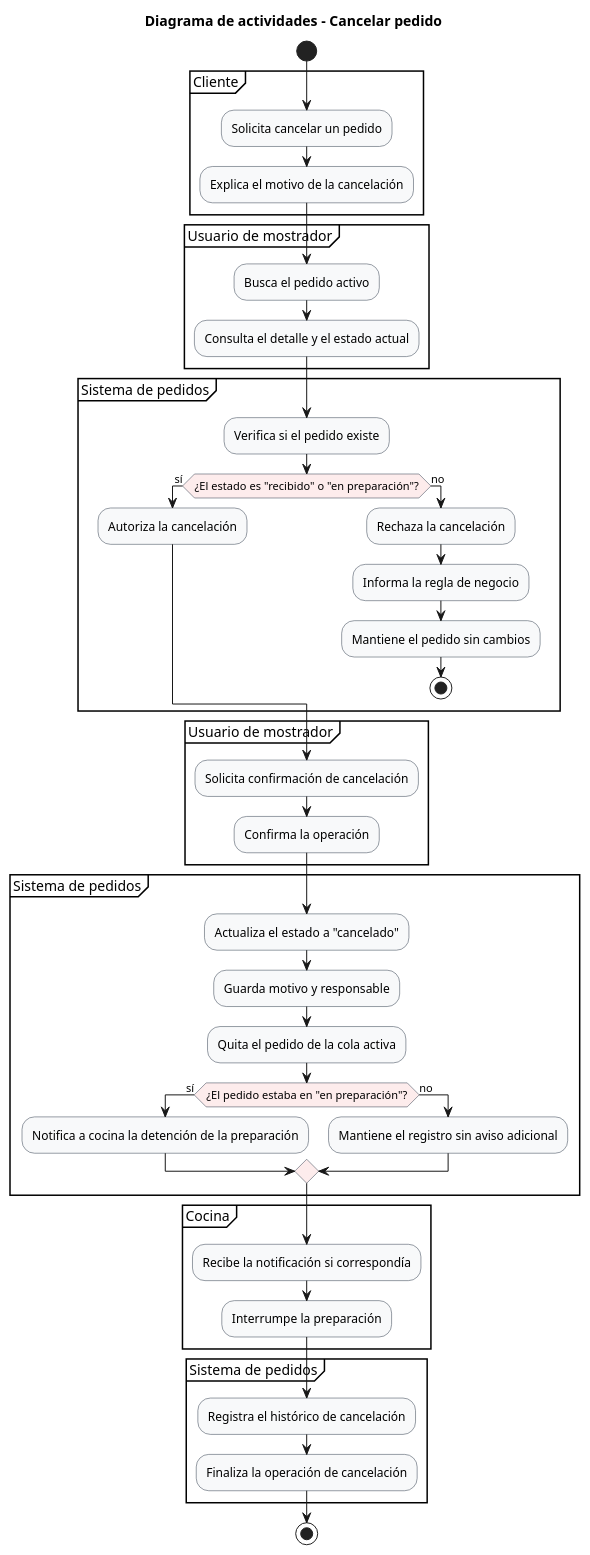
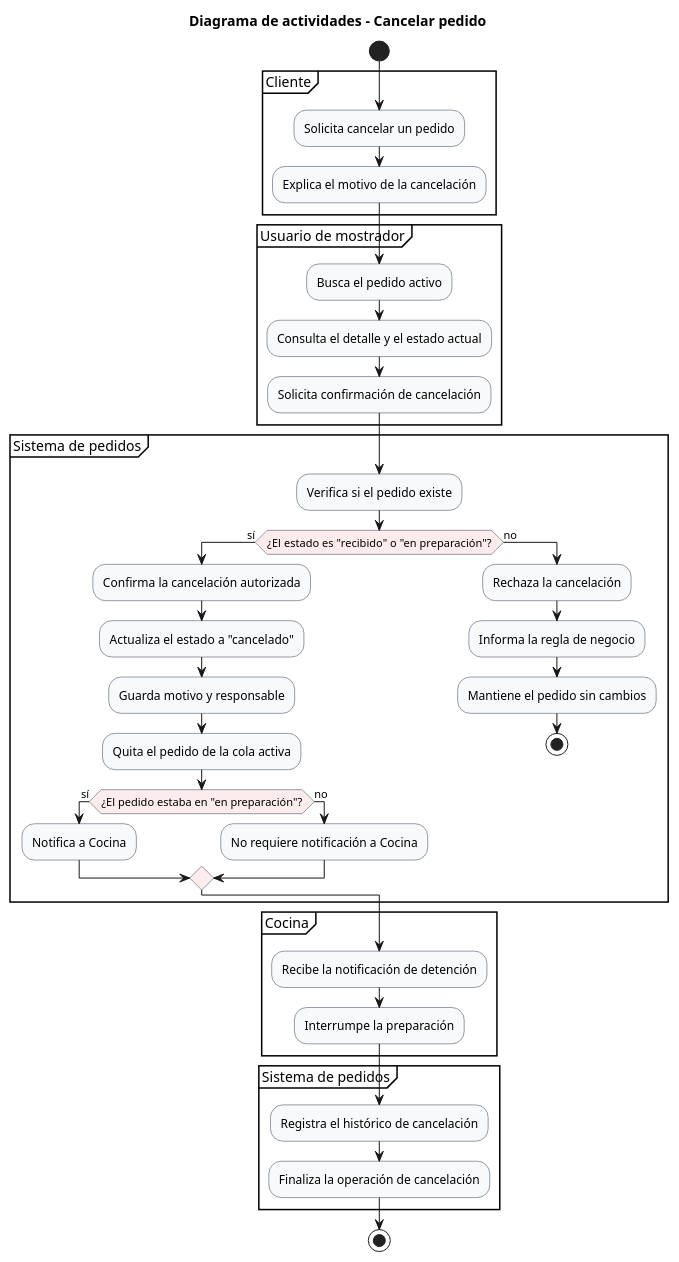
The diagram in diagramas/04-diagramas-actividades/04-actividad-cancelar-pedido-06.puml (lucasmengarelli3/SistemaPedidos), drawn with PlantUML before and after one commit. The commit also changed 8 other files, not shown here.

```diff
--- a/diagramas/04-diagramas-actividades/04-actividad-cancelar-pedido-06.puml
+++ b/diagramas/04-diagramas-actividades/04-actividad-cancelar-pedido-06.puml
@@ -1,65 +1,58 @@
 @startuml
 !pragma useVerticalIf on
 skinparam shadowing false
 skinparam linetype ortho
 skinparam activity {
   BackgroundColor #F8F9FA
   BorderColor #2F3A4A
   DiamondBackgroundColor #FDECEC
   DiamondBorderColor #2F3A4A
 }
 
 title Diagrama de actividades - Cancelar pedido
 
 start
 
 partition "Cliente" {
   :Solicita cancelar un pedido;
   :Explica el motivo de la cancelación;
 }
 
 partition "Usuario de mostrador" {
   :Busca el pedido activo;
   :Consulta el detalle y el estado actual;
+  :Solicita confirmación de cancelación;
 }
 
 partition "Sistema de pedidos" {
   :Verifica si el pedido existe;
   if (¿El estado es "recibido" o "en preparación"?) then (sí)
-    :Autoriza la cancelación;
+    :Confirma la cancelación autorizada;
+    :Actualiza el estado a "cancelado";
+    :Guarda motivo y responsable;
+    :Quita el pedido de la cola activa;
+    if (¿El pedido estaba en "en preparación"?) then (sí)
+      :Notifica a Cocina;
+    else (no)
+      :No requiere notificación a Cocina;
+    endif
   else (no)
     :Rechaza la cancelación;
     :Informa la regla de negocio;
     :Mantiene el pedido sin cambios;
     stop
   endif
 }
 
-partition "Usuario de mostrador" {
-  :Solicita confirmación de cancelación;
-  :Confirma la operación;
-}
-
-partition "Sistema de pedidos" {
-  :Actualiza el estado a "cancelado";
-  :Guarda motivo y responsable;
-  :Quita el pedido de la cola activa;
-  if (¿El pedido estaba en "en preparación"?) then (sí)
-    :Notifica a cocina la detención de la preparación;
-  else (no)
-    :Mantiene el registro sin aviso adicional;
-  endif
-}
-
 partition "Cocina" {
-  :Recibe la notificación si correspondía;
+  :Recibe la notificación de detención;
   :Interrumpe la preparación;
 }
 
 partition "Sistema de pedidos" {
   :Registra el histórico de cancelación;
   :Finaliza la operación de cancelación;
 }
 
 stop
 @enduml
```
